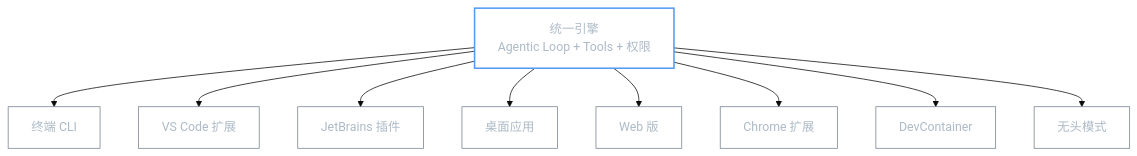
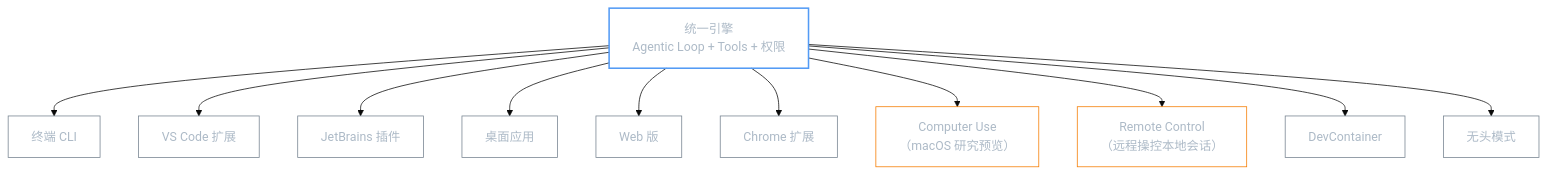
The first of 2 diagrams in docs/topic/ai/claude-code/platforms/index.md (luguosong/programming-notes), drawn with Mermaid (base theme) before and after one commit. The commit also changed other lines of this file and 17 other files, not shown here.

````diff
--- a/docs/topic/ai/claude-code/platforms/index.md
+++ b/docs/topic/ai/claude-code/platforms/index.md
@@ -20,22 +22,26 @@
 ```mermaid
 graph TD
   Engine["统一引擎<br/>Agentic Loop + Tools + 权限"]
   Engine --> CLI["终端 CLI"]
   Engine --> VSC["VS Code 扩展"]
   Engine --> JB["JetBrains 插件"]
   Engine --> Desktop["桌面应用"]
   Engine --> Web["Web 版"]
   Engine --> Chrome["Chrome 扩展"]
+  Engine --> CU["Computer Use<br/>（macOS 研究预览）"]
+  Engine --> RC["Remote Control<br/>（远程操控本地会话）"]
   Engine --> DevC["DevContainer"]
   Engine --> Headless["无头模式"]
 
   style Engine fill:transparent,stroke:#539bf5,color:#adbac7,stroke-width:2px
+  style CU fill:transparent,stroke:#f57c00,color:#adbac7,stroke-width:1px
+  style RC fill:transparent,stroke:#f57c00,color:#adbac7,stroke-width:1px
   style CLI fill:transparent,stroke:#768390,color:#adbac7,stroke-width:1px
   style VSC fill:transparent,stroke:#768390,color:#adbac7,stroke-width:1px
   style JB fill:transparent,stroke:#768390,color:#adbac7,stroke-width:1px
   style Desktop fill:transparent,stroke:#768390,color:#adbac7,stroke-width:1px
   style Web fill:transparent,stroke:#768390,color:#adbac7,stroke-width:1px
   style Chrome fill:transparent,stroke:#768390,color:#adbac7,stroke-width:1px
   style DevC fill:transparent,stroke:#768390,color:#adbac7,stroke-width:1px
   style Headless fill:transparent,stroke:#768390,color:#adbac7,stroke-width:1px
 ```
````
